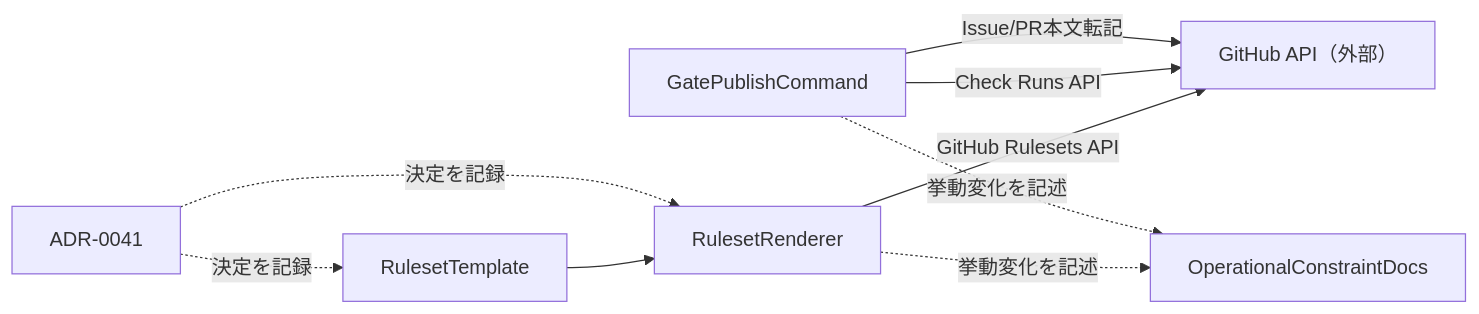
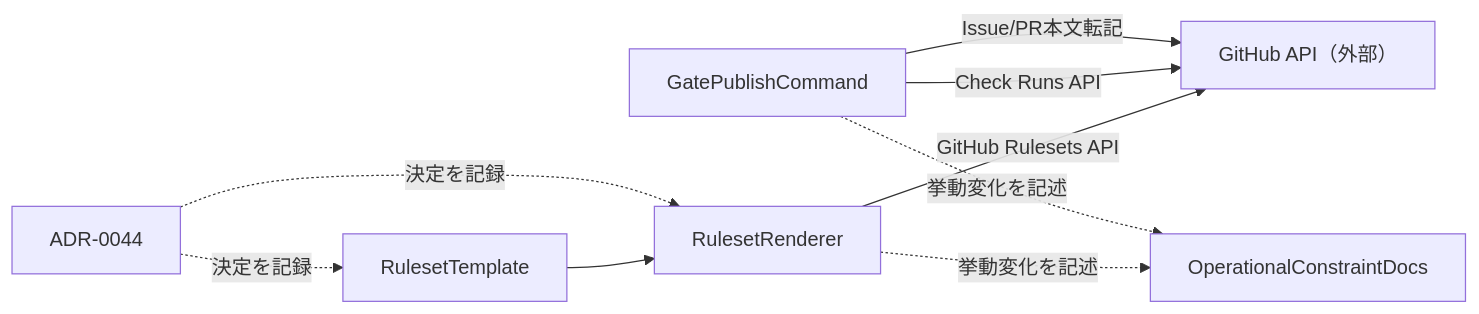
Before and after one commit to techbeansjp-free/AGENTS.md: the diagram in DESIGN.md, drawn with Mermaid. The commit also changed other lines of this file and 1 other file, not shown here.

````diff
--- a/DESIGN.md
+++ b/DESIGN.md
@@ -28,11 +28,11 @@
 ```mermaid
 graph LR
   RulesetTemplate --> RulesetRenderer
   RulesetRenderer -->|GitHub Rulesets API| GitHubAPI["GitHub API（外部）"]
   GatePublishCommand -->|Check Runs API| GitHubAPI
   GatePublishCommand -->|Issue/PR本文転記| GitHubAPI
   RulesetRenderer -.->|挙動変化を記述| OperationalConstraintDocs
   GatePublishCommand -.->|挙動変化を記述| OperationalConstraintDocs
-  ADR0041[ADR-0041] -.->|決定を記録| RulesetRenderer
-  ADR0041 -.->|決定を記録| RulesetTemplate
+  ADR0044[ADR-0044] -.->|決定を記録| RulesetRenderer
+  ADR0044 -.->|決定を記録| RulesetTemplate
 ```
````
